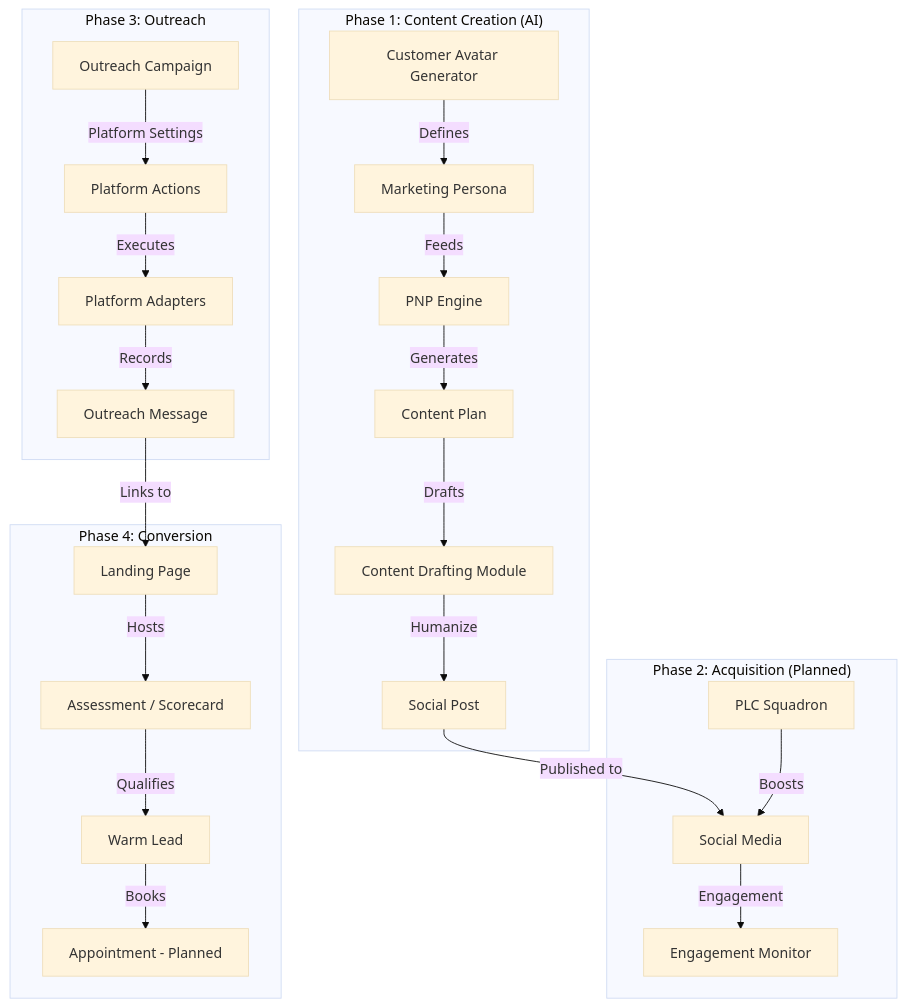
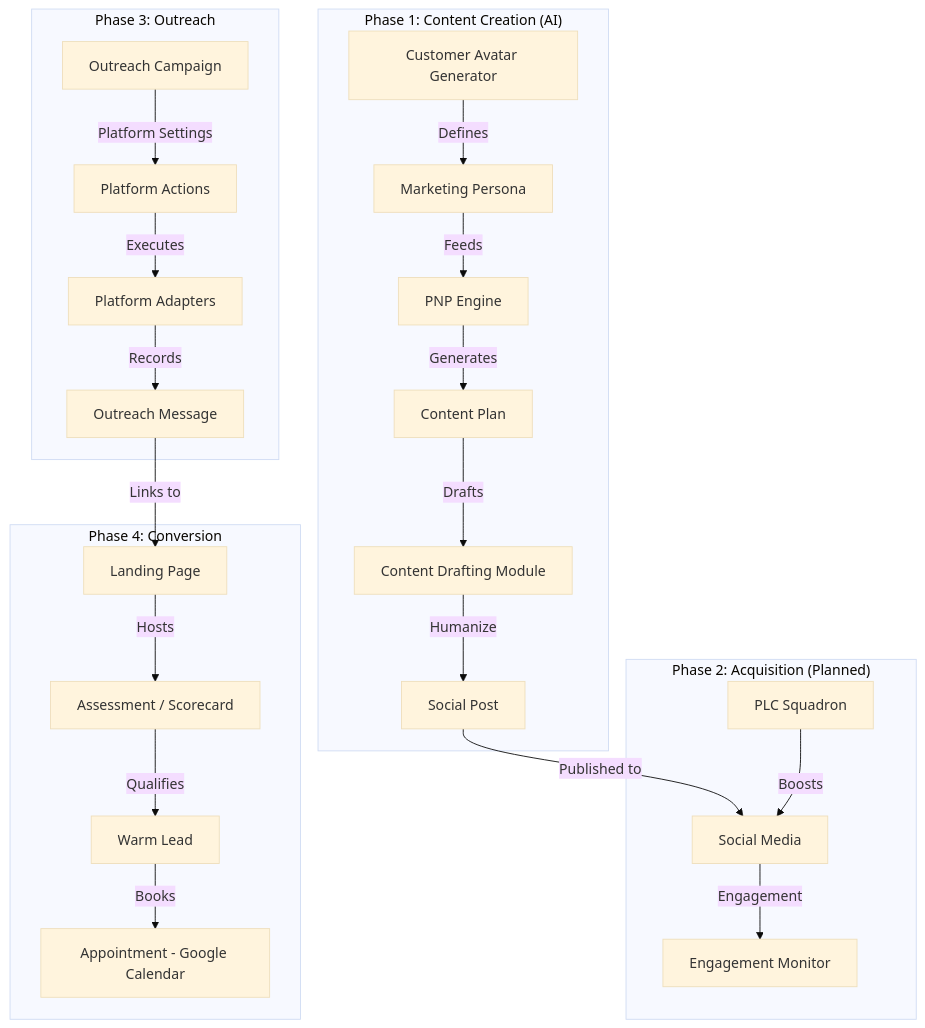
Before and after one commit to growerp/growerp: the diagram in docs/SocialMediaLeadSystem.md, drawn with Mermaid (base theme). The commit also changed other lines of this file and 17 other files, not shown here.

````diff
--- a/docs/SocialMediaLeadSystem.md
+++ b/docs/SocialMediaLeadSystem.md
@@ -14,29 +14,29 @@
 ```mermaid
 graph TD
     subgraph "Phase 1: Content Creation (AI)"
         Avatar[Customer Avatar Generator] -->|Defines| Persona[Marketing Persona]
         Persona -->|Feeds| PNP[PNP Engine]
         PNP -->|Generates| Plan[Content Plan]
         Plan -->|Drafts| Draft[Content Drafting Module]
         Draft -->|Humanize| Post[Social Post]
     end
 
     subgraph "Phase 2: Acquisition (Planned)"
         Post -->|Published to| Social[Social Media]
         Social -->|Engagement| Signals[Engagement Monitor]
         Squad[PLC Squadron] -->|Boosts| Social
     end
 
     subgraph "Phase 3: Outreach"
         Campaign[Outreach Campaign] -->|Platform Settings| Actions[Platform Actions]
         Actions -->|Executes| Adapter[Platform Adapters]
         Adapter -->|Records| Msg[Outreach Message]
     end
 
     subgraph "Phase 4: Conversion"
         Msg -->|Links to| LP[Landing Page]
         LP -->|Hosts| Scorecard[Assessment / Scorecard]
         Scorecard -->|Qualifies| Lead[Warm Lead]
-        Lead -->|Books| Appt[Appointment - Planned]
+        Lead -->|Books| Appt[Appointment - Google Calendar]
     end
 ```
````
